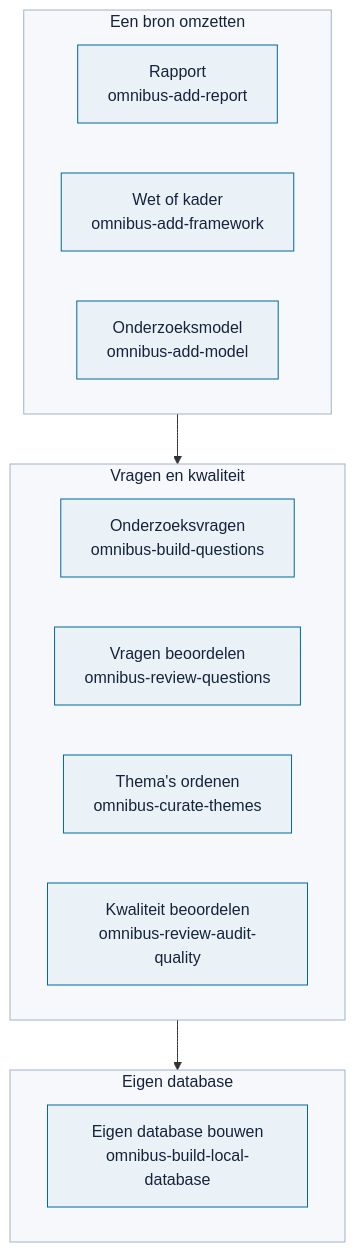
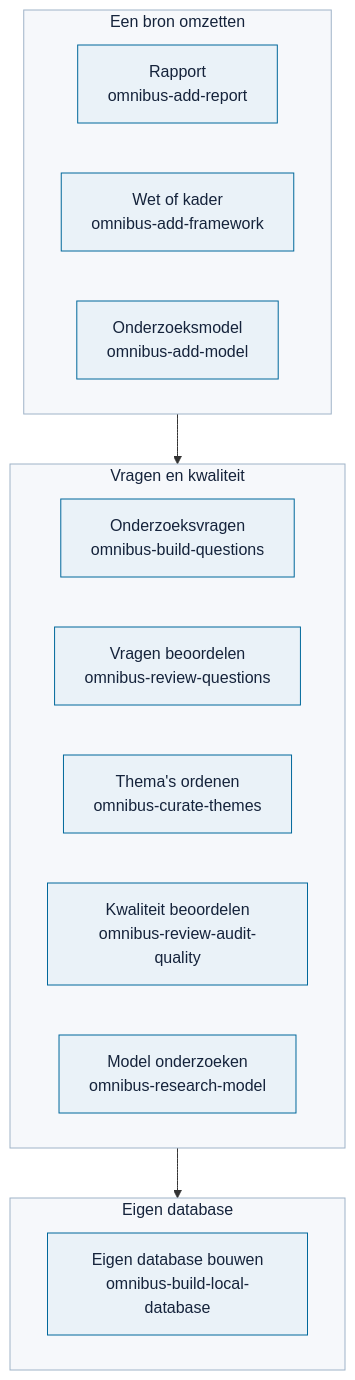
Before and after one commit to Robert-Worm/omnibus: the diagram in skills/README.md, drawn with Mermaid. The commit also changed other lines of this file and 9 other files, not shown here.

First line of the commit message:
Nieuwe skill omnibus-research-model: model tegen de literatuur leggen

````diff
--- a/skills/README.md
+++ b/skills/README.md
@@ -11,22 +11,23 @@
 ```mermaid
 flowchart TD
     subgraph Bron["Een bron omzetten"]
         R["Rapport<br/>omnibus-add-report"]
         F["Wet of kader<br/>omnibus-add-framework"]
         M["Onderzoeksmodel<br/>omnibus-add-model"]
     end
     subgraph Kwaliteit["Vragen en kwaliteit"]
         Q["Onderzoeksvragen<br/>omnibus-build-questions"]
         V["Vragen beoordelen<br/>omnibus-review-questions"]
         T["Thema's ordenen<br/>omnibus-curate-themes"]
         K["Kwaliteit beoordelen<br/>omnibus-review-audit-quality"]
+        O["Model onderzoeken<br/>omnibus-research-model"]
     end
     subgraph Eigen["Eigen database"]
         E["Eigen database bouwen<br/>omnibus-build-local-database"]
     end
     Bron --> Kwaliteit
     Kwaliteit --> Eigen
     classDef default fill:#eaf2f8,stroke:#01689b,color:#15233b;
     classDef groep fill:#f6f8fb,stroke:#9fb3c8,color:#15233b;
     class Bron,Kwaliteit,Eigen groep;
 ```
````
